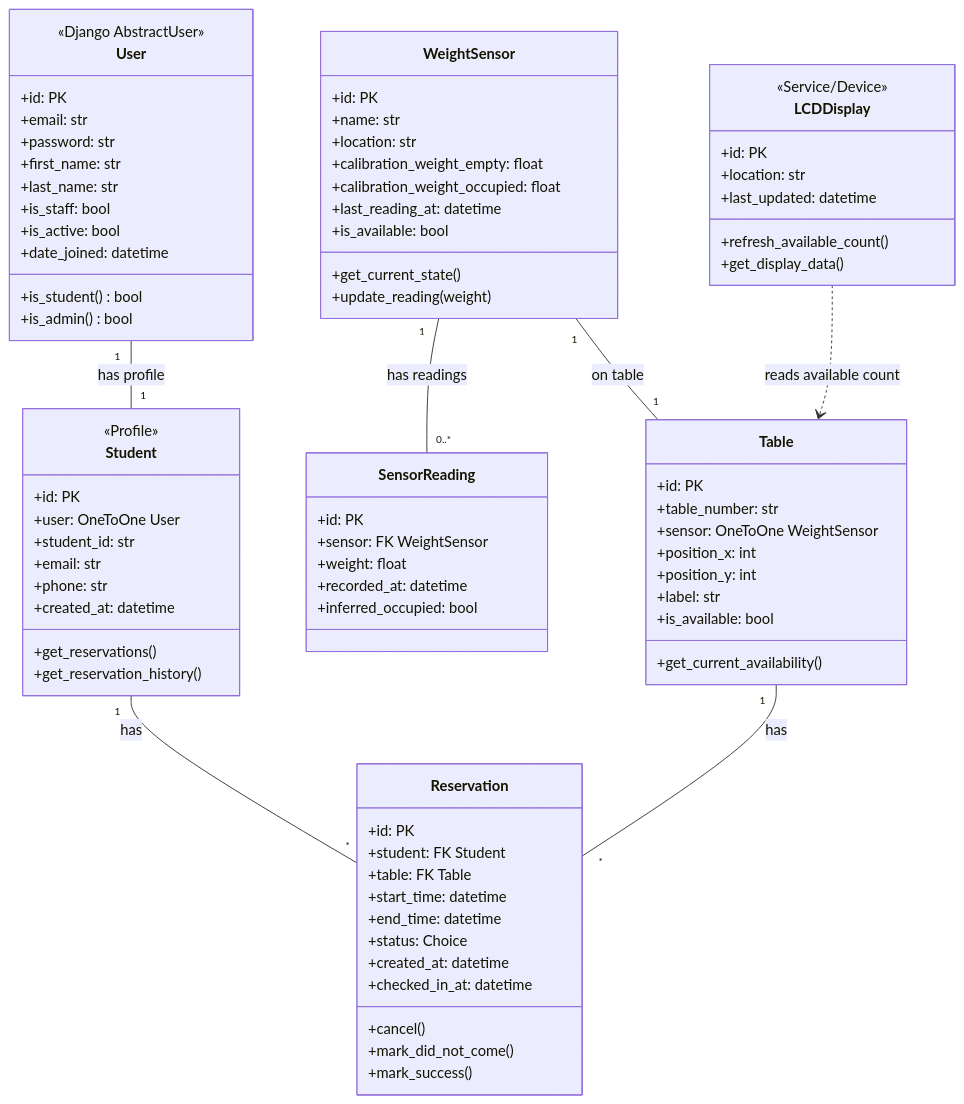
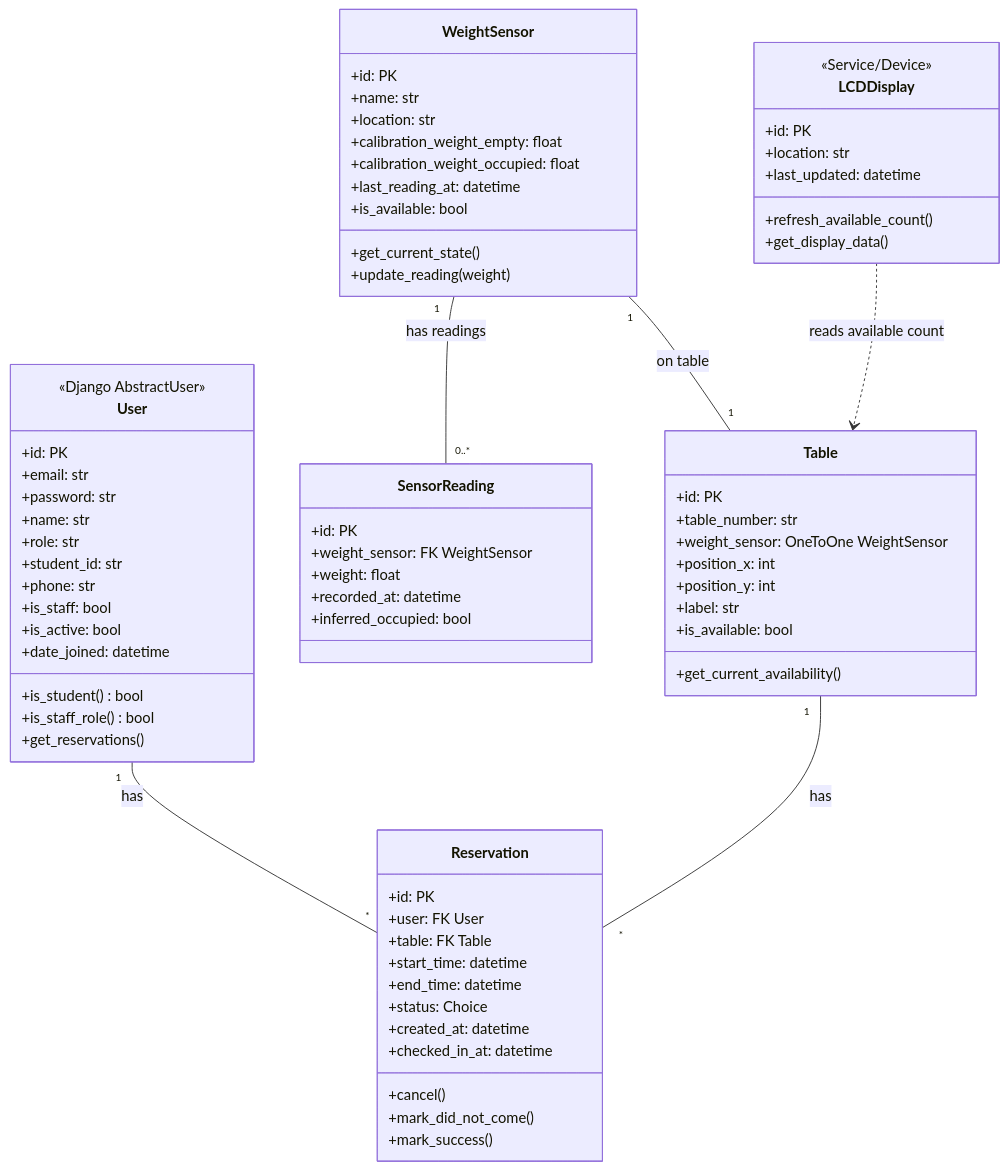
One commit to LinThitHtwe/Capstone_backend changed the diagram in docs/CLASS_DIAGRAM.md. Above: the diagram before and after it, drawn with Mermaid. The commit also changed other lines of this file and 1 other file, not shown here.

````diff
--- a/docs/CLASS_DIAGRAM.md
+++ b/docs/CLASS_DIAGRAM.md
@@ -10,31 +10,22 @@
 classDiagram
     direction TB
 
-    %% ============ Authentication & Users ============
+    %% ============ Authentication (single User with role) ============
     class User {
         <<Django AbstractUser>>
         +id: PK
         +email: str
         +password: str
-        +first_name: str
-        +last_name: str
+        +name: str
+        +role: str
+        +student_id: str
+        +phone: str
         +is_staff: bool
         +is_active: bool
         +date_joined: datetime
         +is_student() bool
-        +is_admin() bool
-    }
-
-    class Student {
-        <<Profile>>
-        +id: PK
-        +user: OneToOne User
-        +student_id: str
-        +email: str
-        +phone: str
-        +created_at: datetime
+        +is_staff_role() bool
         +get_reservations()
-        +get_reservation_history()
     }
 
     %% ============ Physical / IoT Layer (sensor on table) ============
@@ -52,7 +43,7 @@
 
     class SensorReading {
         +id: PK
-        +sensor: FK WeightSensor
+        +weight_sensor: FK WeightSensor
         +weight: float
         +recorded_at: datetime
         +inferred_occupied: bool
@@ -61,7 +52,7 @@
     class Table {
         +id: PK
         +table_number: str
-        +sensor: OneToOne WeightSensor
+        +weight_sensor: OneToOne WeightSensor
         +position_x: int
         +position_y: int
         +label: str
@@ -72,7 +63,7 @@
     %% ============ Reservations ============
     class Reservation {
         +id: PK
-        +student: FK Student
+        +user: FK User
         +table: FK Table
         +start_time: datetime
         +end_time: datetime
@@ -95,10 +86,9 @@
     }
 
     %% ============ Relationships ============
-    User "1" -- "1" Student : has profile
     WeightSensor "1" -- "0..*" SensorReading : has readings
     WeightSensor "1" -- "1" Table : on table
-    Student "1" -- "*" Reservation : has
+    User "1" -- "*" Reservation : has
     Table "1" -- "*" Reservation : has
     LCDDisplay ..> Table : reads available count
 ```
````
